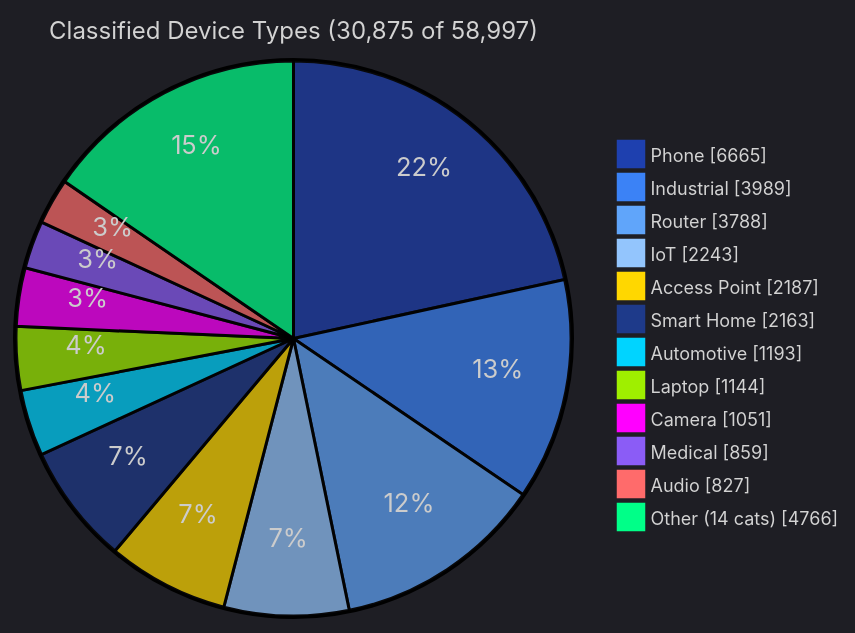
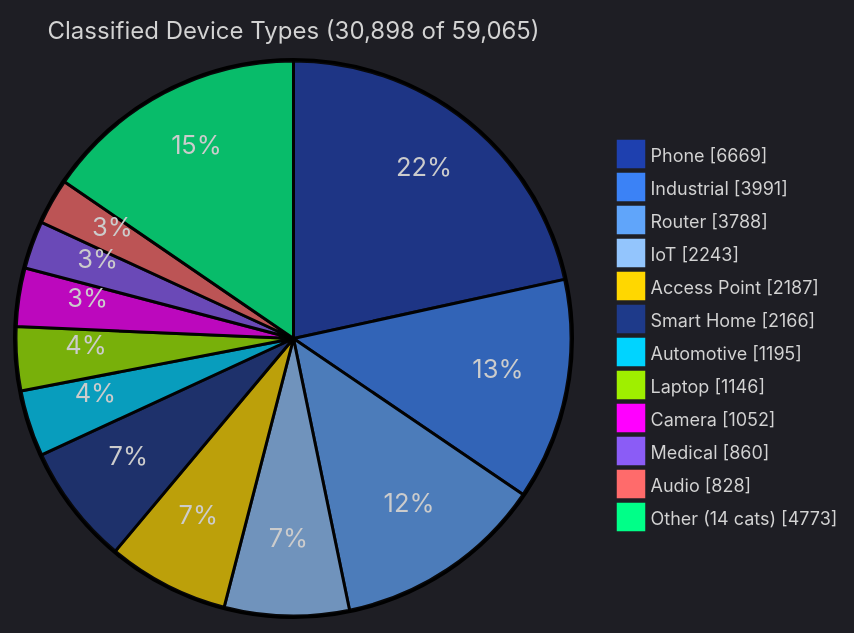
Before and after one commit to zqf20096327/dbhub_collect: the fourth of 5 diagrams in data/readmes/Ringmast4r__OUI-Master-Database.md, drawn with Mermaid. The commit also changed other lines of this file and 538 other files, not shown here.

````diff
--- a/data/readmes/Ringmast4r__OUI-Master-Database.md
+++ b/data/readmes/Ringmast4r__OUI-Master-Database.md
@@ -170,17 +170,17 @@
 ```mermaid
 %%{init: {'theme':'dark', 'themeVariables': {'pie1':'#1E40AF','pie2':'#3B82F6','pie3':'#60A5FA','pie4':'#93C5FD','pie5':'#FFD700','pie6':'#1E3A8A','pie7':'#00D4FF','pie8':'#9FEF00','pie9':'#FF00FF','pie10':'#8B5CF6','pie11':'#FF6B6B','pie12':'#00FF88','pieTitleTextSize':'16px','pieLegendTextSize':'12px'}}}%%
 pie showData
-    title Classified Device Types (30,875 of 58,997)
-    "Phone" : 6665
-    "Industrial" : 3989
+    title Classified Device Types (30,898 of 59,065)
+    "Phone" : 6669
+    "Industrial" : 3991
     "Router" : 3788
     "IoT" : 2243
     "Access Point" : 2187
-    "Smart Home" : 2163
-    "Automotive" : 1193
-    "Laptop" : 1144
-    "Camera" : 1051
-    "Medical" : 859
-    "Audio" : 827
-    "Other (14 cats)" : 4766
+    "Smart Home" : 2166
+    "Automotive" : 1195
+    "Laptop" : 1146
+    "Camera" : 1052
+    "Medical" : 860
+    "Audio" : 828
+    "Other (14 cats)" : 4773
 ```
````
